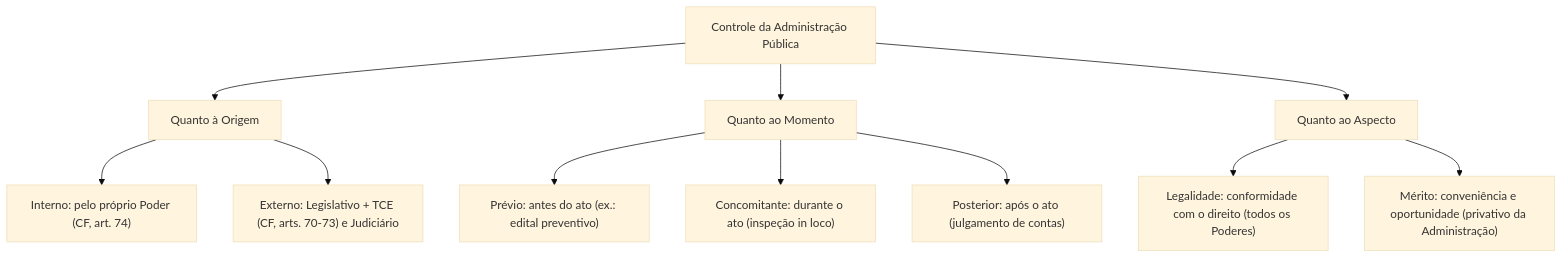
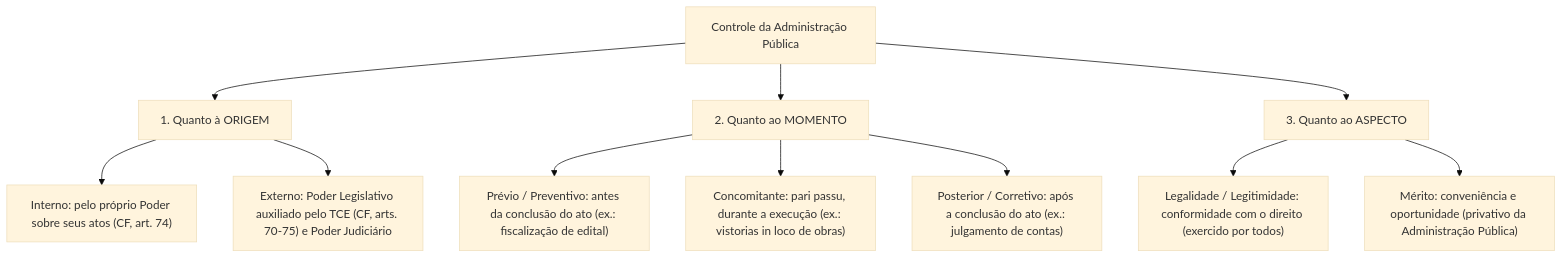
One commit to thiagosantos346/TCE-GO-2027 changed the first of 3 diagrams in fontes_de_estudo/conhecimentos_especificos_a01_tecnico_administrativo/15_nocoes_de_direito_administrativo/05_controle_da_administracao_e_improbidade_administrativa.md. Above: the diagram before and after it, drawn with Mermaid (base theme). The commit also changed other lines of this file and 119 other files, not shown here.

````diff
--- a/fontes_de_estudo/conhecimentos_especificos_a01_tecnico_administrativo/15_nocoes_de_direito_administrativo/05_controle_da_administracao_e_improbidade_administrativa.md
+++ b/fontes_de_estudo/conhecimentos_especificos_a01_tecnico_administrativo/15_nocoes_de_direito_administrativo/05_controle_da_administracao_e_improbidade_administrativa.md
@@ -66,13 +63,17 @@
 ```mermaid
 flowchart TD
-    C["Controle da Administração Pública"] --> O["Quanto à Origem"]
-    O --> INT["Interno: pelo próprio Poder (CF, art. 74)"]
-    O --> EXT["Externo: Legislativo + TCE (CF, arts. 70-73) e Judiciário"]
-    C --> M["Quanto ao Momento"]
-    M --> PREV["Prévio: antes do ato (ex.: edital preventivo)"]
-    M --> CONC["Concomitante: durante o ato (inspeção in loco)"]
-    M --> POST["Posterior: após o ato (julgamento de contas)"]
-    C --> A["Quanto ao Aspecto"]
-    A --> LEG["Legalidade: conformidade com o direito (todos os Poderes)"]
-    A --> MER["Mérito: conveniência e oportunidade (privativo da Administração)"]
+    C["Controle da Administração Pública"]
+    
+    C --> O["1. Quanto à ORIGEM"]
+    O --> INT["Interno: pelo próprio Poder sobre seus atos (CF, art. 74)"]
+    O --> EXT["Externo: Poder Legislativo auxiliado pelo TCE (CF, arts. 70-75) e Poder Judiciário"]
+    
+    C --> M["2. Quanto ao MOMENTO"]
+    M --> PREV["Prévio / Preventivo: antes da conclusão do ato (ex.: fiscalização de edital)"]
+    M --> CONC["Concomitante: pari passu, durante a execução (ex.: vistorias in loco de obras)"]
+    M --> POST["Posterior / Corretivo: após a conclusão do ato (ex.: julgamento de contas)"]
+    
+    C --> A["3. Quanto ao ASPECTO"]
+    A --> LEG["Legalidade / Legitimidade: conformidade com o direito (exercido por todos)"]
+    A --> MER["Mérito: conveniência e oportunidade (privativo da Administração Pública)"]
 ```
````
